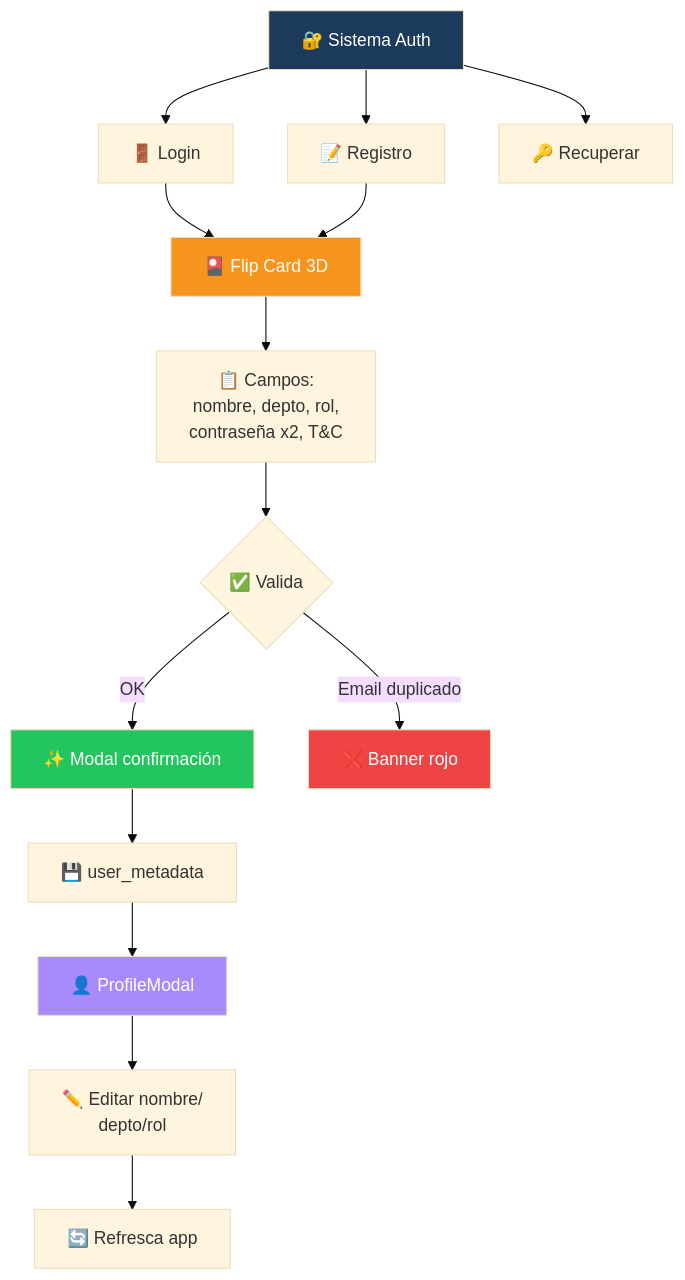
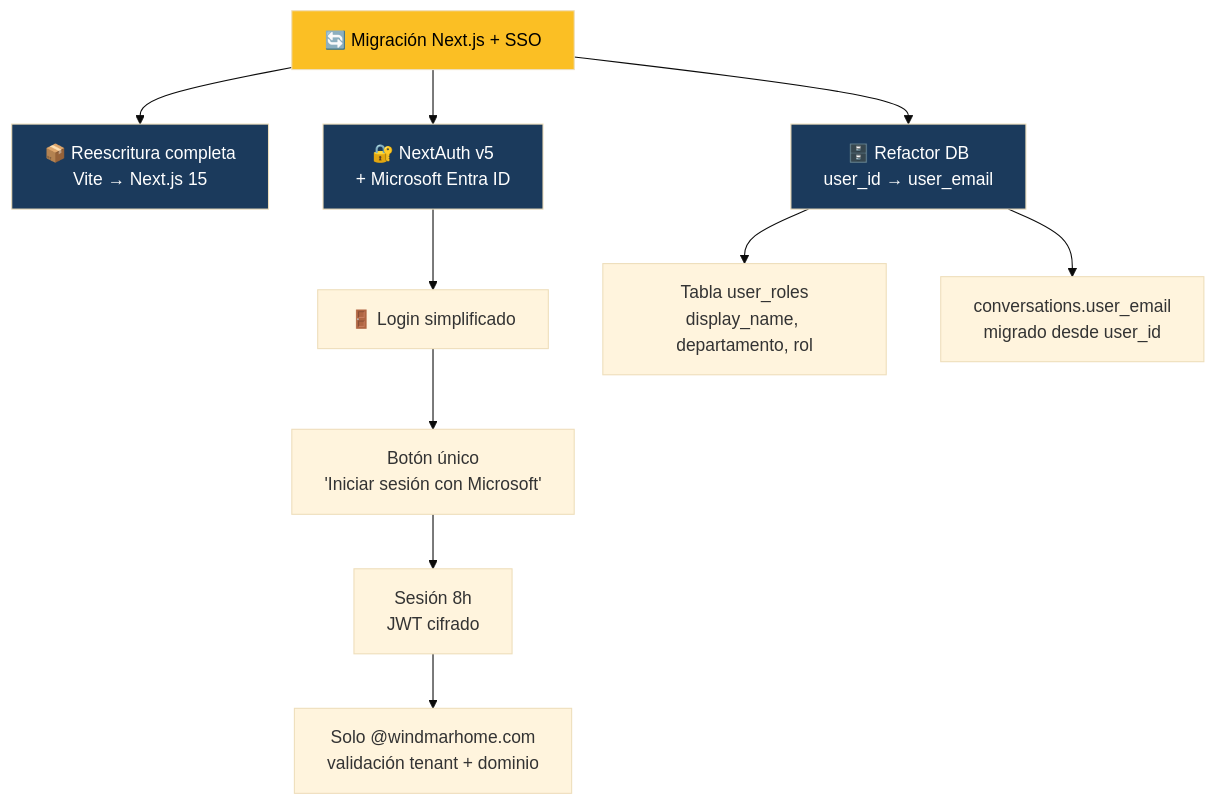
Before and after one commit to JnSbstnRivera/WINDMAR-AI-AGENT: the seventh of 14 diagrams in ROADMAP.md, drawn with Mermaid (base theme). The commit also changed other lines of this file and 48 other files, not shown here.

First line of the commit message:
Migrate to Next.js 15 + Microsoft Entra ID SSO

````diff
--- a/ROADMAP.md
+++ b/ROADMAP.md
@@ -180,25 +186,20 @@
 ```mermaid
 flowchart TD
-    Auth[🔐 Sistema Auth]
-    Auth --> Login[🚪 Login]
-    Auth --> Register[📝 Registro]
-    Auth --> Forgot[🔑 Recuperar]
+    Migration[🔄 Migración Next.js + SSO]
+    Migration --> M1[📦 Reescritura completa<br/>Vite → Next.js 15]
+    Migration --> M2[🔐 NextAuth v5<br/>+ Microsoft Entra ID]
+    Migration --> M3[🗄️ Refactor DB<br/>user_id → user_email]
 
-    Login --> Flip[🎴 Flip Card 3D]
-    Register --> Flip
-    Flip --> Fields[📋 Campos:<br/>nombre, depto, rol,<br/>contraseña x2, T&C]
-    Fields --> Validate{✅ Valida}
-    Validate -->|OK| Confirm[✨ Modal confirmación]
-    Validate -->|Email duplicado| Red[❌ Banner rojo]
-    Confirm --> Save[💾 user_metadata]
+    M2 --> Login[🚪 Login simplificado]
+    Login --> L1[Botón único<br/>'Iniciar sesión con Microsoft']
+    L1 --> L2[Sesión 8h<br/>JWT cifrado]
+    L2 --> L3[Solo @windmarhome.com<br/>validación tenant + dominio]
 
-    Save --> Profile[👤 ProfileModal]
-    Profile --> Edit[✏️ Editar nombre/<br/>depto/rol]
-    Edit --> Sync[🔄 Refresca app]
+    M3 --> DB1[Tabla user_roles<br/>display_name, departamento, rol]
+    M3 --> DB2[conversations.user_email<br/>migrado desde user_id]
 
-    style Auth fill:#1B3A5C,color:#fff
-    style Flip fill:#F7941D,color:#fff
-    style Confirm fill:#22c55e,color:#fff
-    style Red fill:#ef4444,color:#fff
-    style Profile fill:#a78bfa,color:#fff
+    style Migration fill:#fbbf24,color:#000
+    style M1 fill:#1B3A5C,color:#fff
+    style M2 fill:#1B3A5C,color:#fff
+    style M3 fill:#1B3A5C,color:#fff
 ```
````
